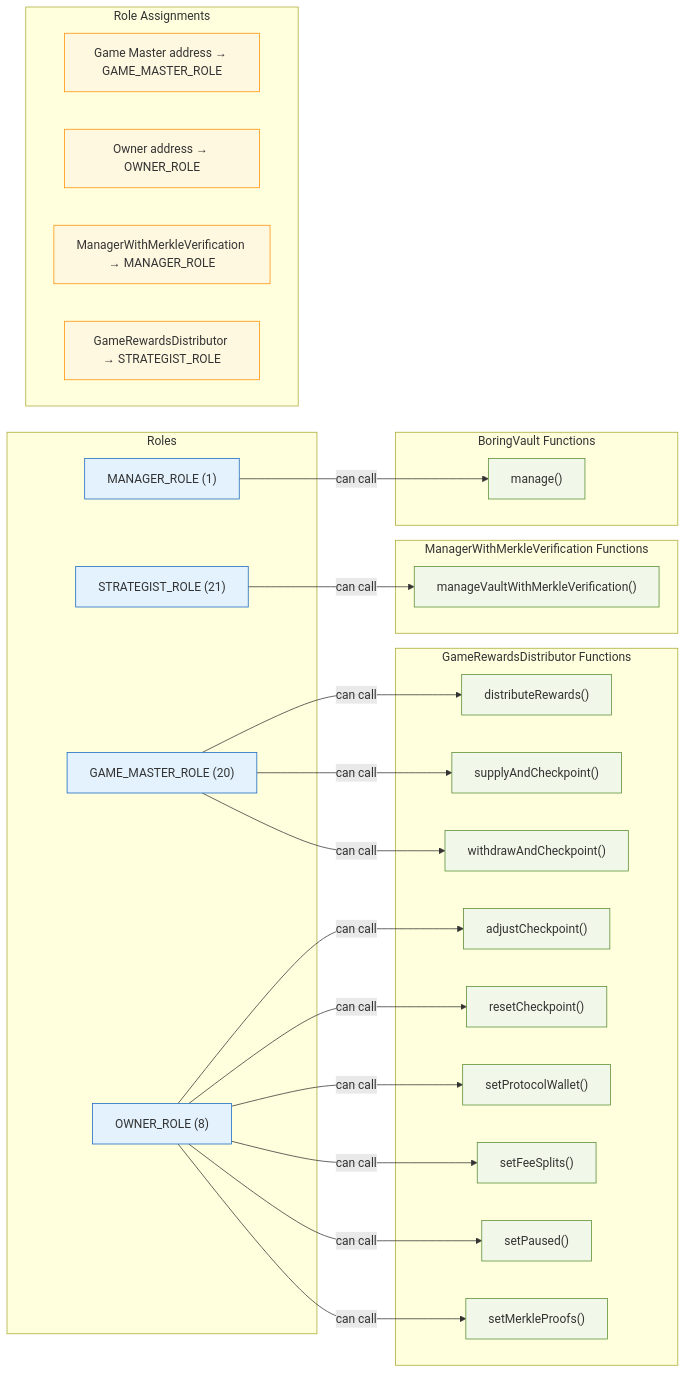
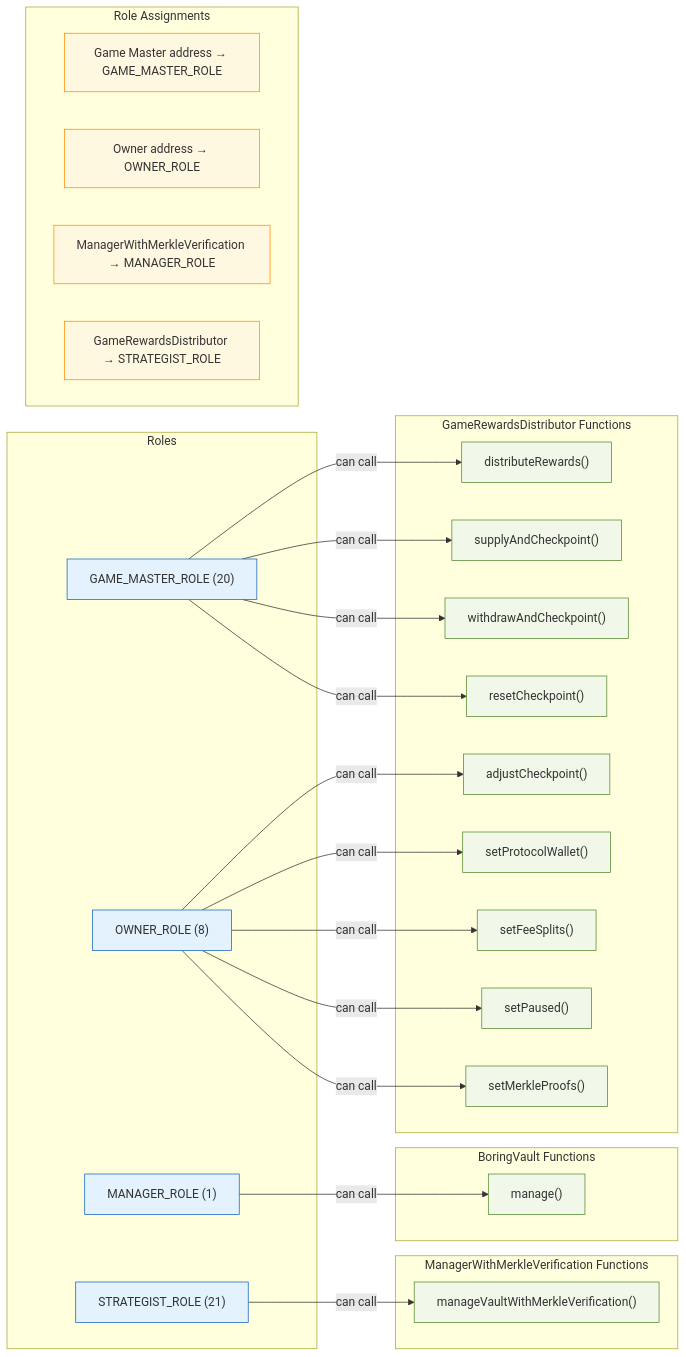
The sixth of 8 diagrams in docs/architecture.md (corbinpage/clawtogether-contracts), drawn with Mermaid before and after one commit. The commit also changed other lines of this file and 4 other files, not shown here.

````diff
--- a/docs/architecture.md
+++ b/docs/architecture.md
@@ -225,59 +226,59 @@
 ```mermaid
 graph LR
     subgraph Roles
         GMR["GAME_MASTER_ROLE (20)"]
         OWR["OWNER_ROLE (8)"]
         MGR["MANAGER_ROLE (1)"]
         STRAT["STRATEGIST_ROLE (21)"]
     end
 
     subgraph "GameRewardsDistributor Functions"
         DR["distributeRewards()"]
         SAC["supplyAndCheckpoint()"]
         WAC["withdrawAndCheckpoint()"]
         AC["adjustCheckpoint()"]
         RC["resetCheckpoint()"]
         SPW["setProtocolWallet()"]
         SFS["setFeeSplits()"]
         SP["setPaused()"]
         SMP["setMerkleProofs()"]
     end
 
     subgraph "ManagerWithMerkleVerification Functions"
         MVM["manageVaultWithMerkleVerification()"]
     end
 
     subgraph "BoringVault Functions"
         MNG["manage()"]
     end
 
     GMR -->|"can call"| DR
     GMR -->|"can call"| SAC
     GMR -->|"can call"| WAC
+    GMR -->|"can call"| RC
     OWR -->|"can call"| AC
-    OWR -->|"can call"| RC
     OWR -->|"can call"| SPW
     OWR -->|"can call"| SFS
     OWR -->|"can call"| SP
     OWR -->|"can call"| SMP
 
     STRAT -->|"can call"| MVM
 
     MGR -->|"can call"| MNG
 
     subgraph "Role Assignments"
         direction LR
         A1["Game Master address → GAME_MASTER_ROLE"]
         A2["Owner address → OWNER_ROLE"]
         A3["ManagerWithMerkleVerification → MANAGER_ROLE"]
         A4["GameRewardsDistributor → STRATEGIST_ROLE"]
     end
 
     classDef role fill:#e3f2fd,stroke:#1565c0
     classDef func fill:#f1f8e9,stroke:#558b2f
     classDef assignment fill:#fff8e1,stroke:#ff8f00
 
     class GMR,OWR,MGR,STRAT role
     class DR,SAC,WAC,AC,RC,SPW,SFS,SP,SMP,MVM,MNG func
     class A1,A2,A3,A4 assignment
 ```
````
